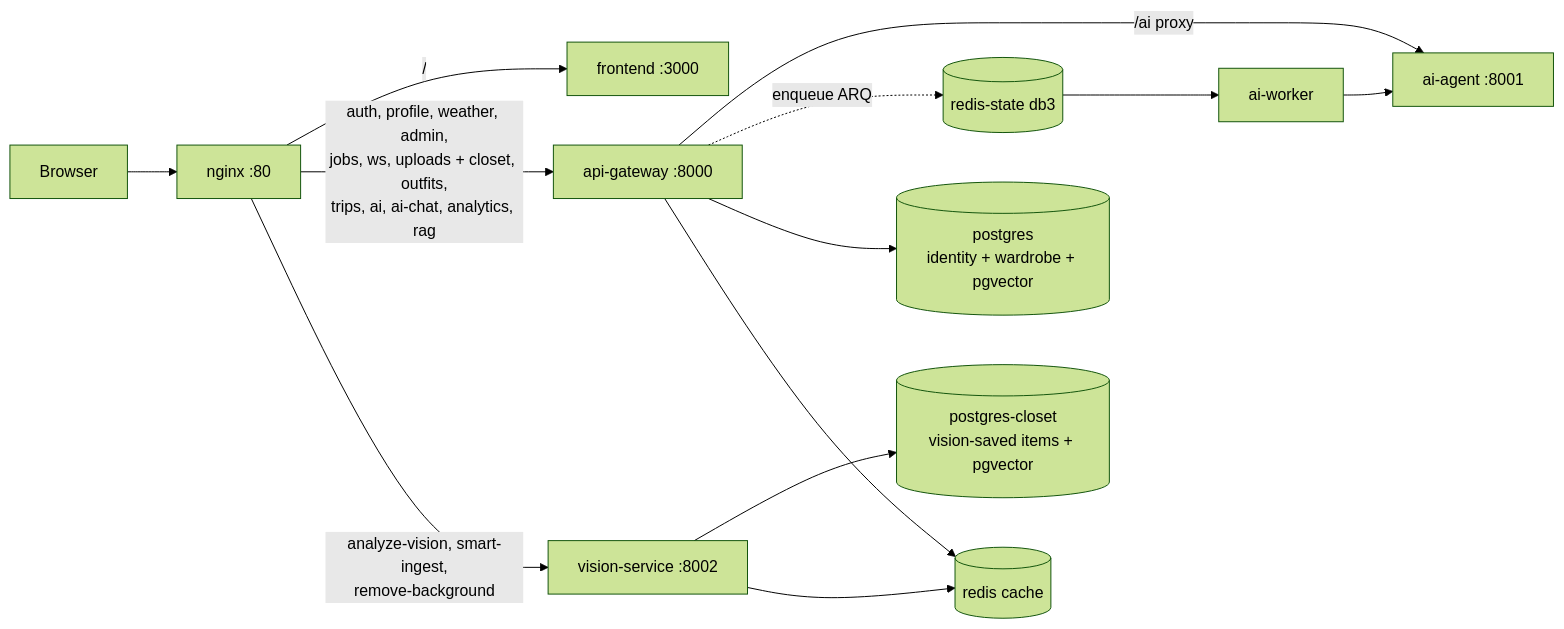
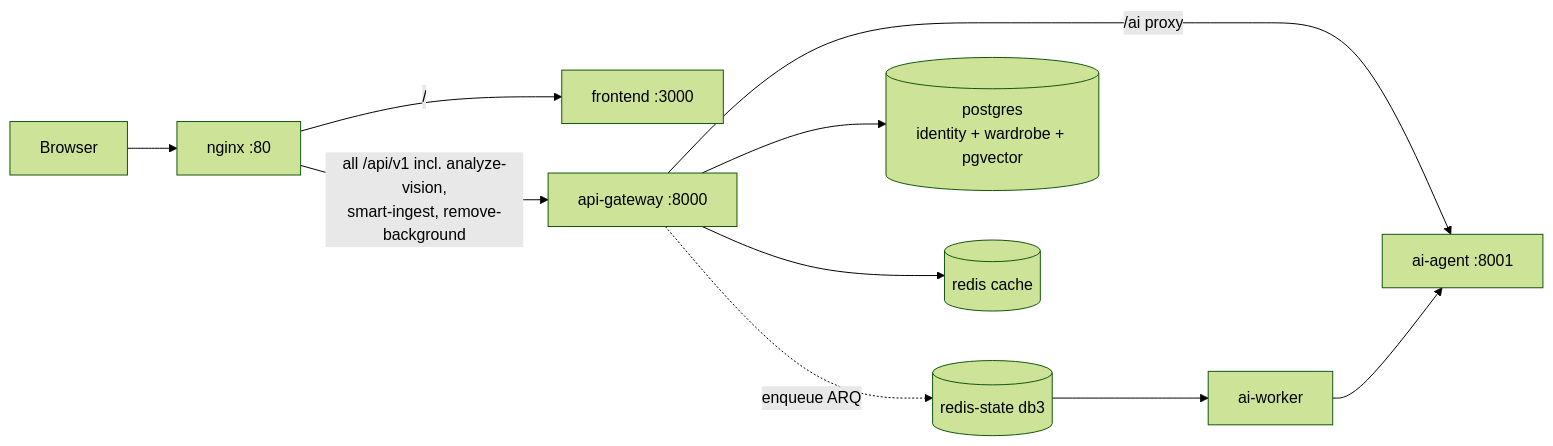
One commit to phanidhar09/clozehive changed the second of 6 diagrams in docs/SERVICES.md. Above: the diagram before and after it, drawn with Mermaid (forest theme). The commit also changed other lines of this file and 60 other files, not shown here.

````diff
--- a/docs/SERVICES.md
+++ b/docs/SERVICES.md
@@ -43,15 +48,12 @@
 ```mermaid
 flowchart LR
     B[Browser] --> N[nginx :80]
     N -->|"/"| FE[frontend :3000]
-    N -->|"auth, profile, weather, admin,<br/>jobs, ws, uploads + closet, outfits,<br/>trips, ai, ai-chat, analytics, rag"| GW[api-gateway :8000]
-    N -->|"analyze-vision, smart-ingest,<br/>remove-background"| VS[vision-service :8002]
+    N -->|"all /api/v1 incl. analyze-vision,<br/>smart-ingest, remove-background"| GW[api-gateway :8000]
     GW -->|/ai proxy| AG[ai-agent :8001]
     GW -. enqueue ARQ .-> RSQ[(redis-state db3)]
     RSQ --> AW[ai-worker]
     AW --> AG
     GW --> PG[(postgres<br/>identity + wardrobe + pgvector)]
-    VS --> PGC[(postgres-closet<br/>vision-saved items + pgvector)]
     GW --> R[(redis cache)]
-    VS --> R
 ```
````
